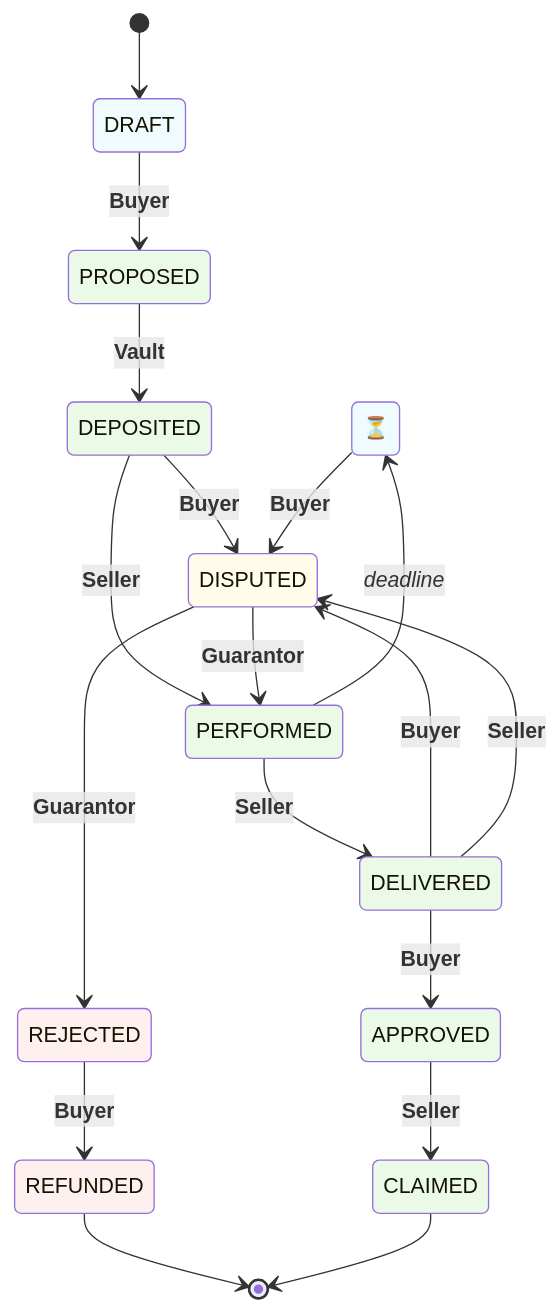
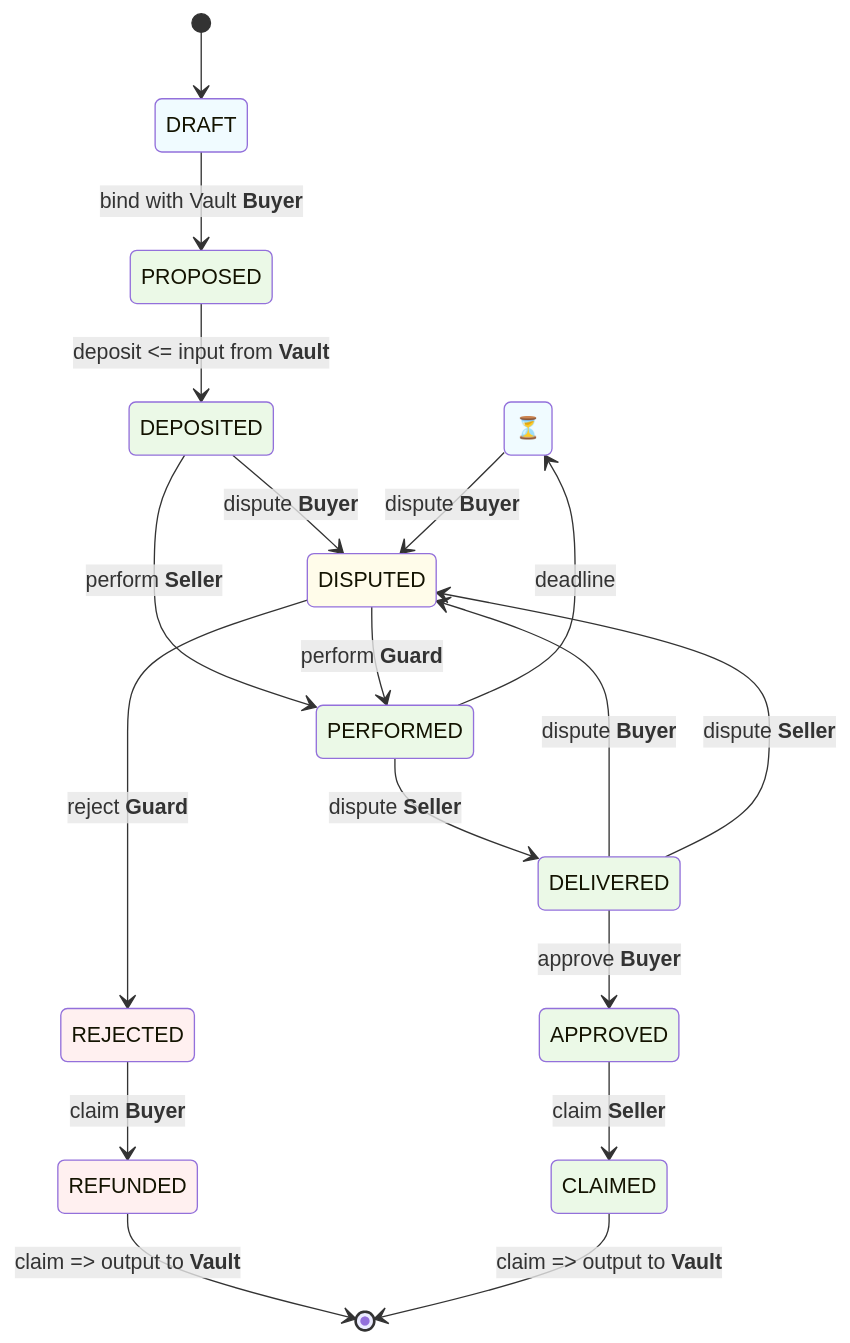
Before and after one commit to ilyar/chameleon-escrow: the second of 3 diagrams in readme.md, drawn with Mermaid. The commit also changed other lines of this file and 4 other files, not shown here.

Commit message:
chore: some refactor code and diagram

````diff
--- a/readme.md
+++ b/readme.md
@@ -54,45 +52,45 @@
 ```mermaid
 stateDiagram
     classDef success fill:#EBF9E7
     classDef info fill:#F0FBFF
     classDef warning fill:#FFFCEA
     classDef danger fill:#FFF0F0
 
     class DRAFT info
     class PROPOSED success
     class DEPOSITED success
     class PERFORMED success
     class DELIVERED success
     class APPROVED success
     class CLAIMED success
     class DISPUTED warning
     class REJECTED danger
     class REFUNDED danger
     class deadline info
 
     state "⏳" as deadline
 
     [*] --> DRAFT
-    DRAFT --> PROPOSED : **Buyer**
-    PROPOSED --> DEPOSITED : **Vault**
+    DRAFT --> PROPOSED      : bind with Vault **Buyer**
+    PROPOSED --> DEPOSITED  : deposit <= input from **Vault**
 
-    DEPOSITED --> DISPUTED: **Buyer**
-    DEPOSITED --> PERFORMED : **Seller**
+    DEPOSITED --> DISPUTED  : dispute **Buyer**
+    DEPOSITED --> PERFORMED : perform **Seller**
 
-    PERFORMED --> deadline: _deadline_
-    deadline --> DISPUTED : **Buyer**
-    PERFORMED --> DELIVERED : **Seller**
+    PERFORMED --> deadline  : deadline
+    deadline --> DISPUTED   : dispute **Buyer**
+    PERFORMED --> DELIVERED : dispute **Seller**
 
-    DELIVERED --> DISPUTED : **Buyer**
-    DELIVERED --> DISPUTED : **Seller**
-    DELIVERED --> APPROVED : **Buyer**
+    DELIVERED --> DISPUTED  : dispute **Buyer**
+    DELIVERED --> DISPUTED  : dispute **Seller**
+    DELIVERED --> APPROVED  : approve **Buyer**
 
-    DISPUTED --> REJECTED : **Guarantor**
-    DISPUTED --> PERFORMED : **Guarantor**
+    DISPUTED --> REJECTED   : reject **Guard**
+    DISPUTED --> PERFORMED  : perform **Guard**
 
-    REJECTED --> REFUNDED : **Buyer**
-    APPROVED --> CLAIMED : **Seller**
+    REJECTED --> REFUNDED   : claim **Buyer**
+    APPROVED --> CLAIMED    : claim **Seller**
 
-    REFUNDED --> [*]
-    CLAIMED --> [*]
+    REFUNDED --> [*]        : claim => output to **Vault**
+    CLAIMED --> [*]         : claim => output to **Vault**
 ```
````
